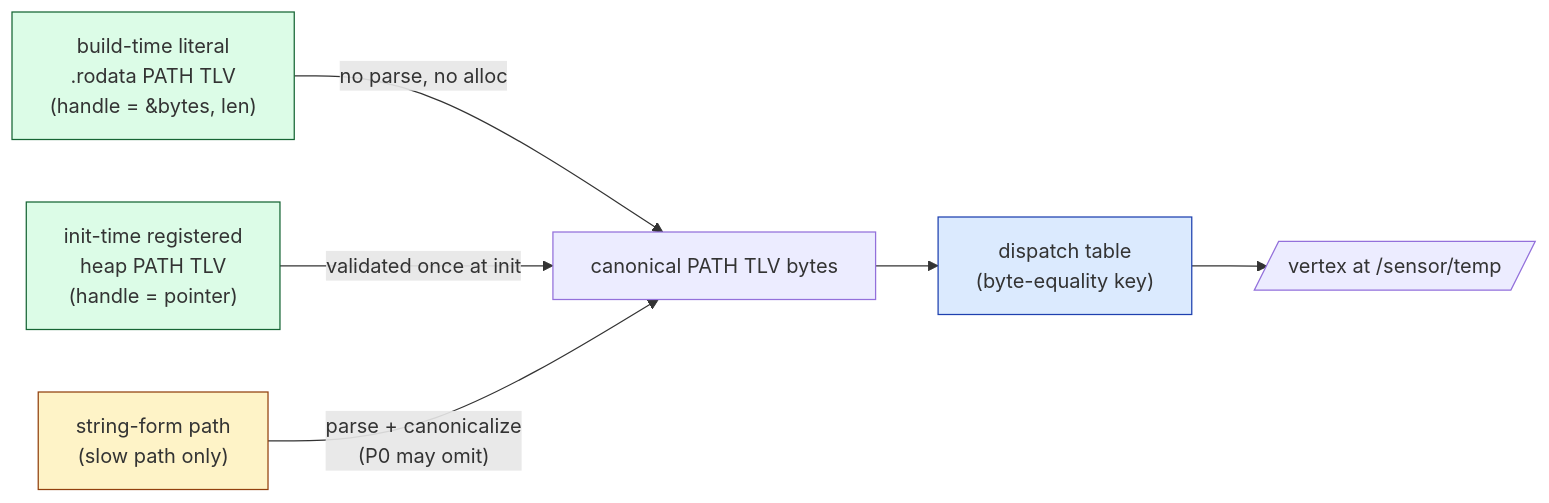
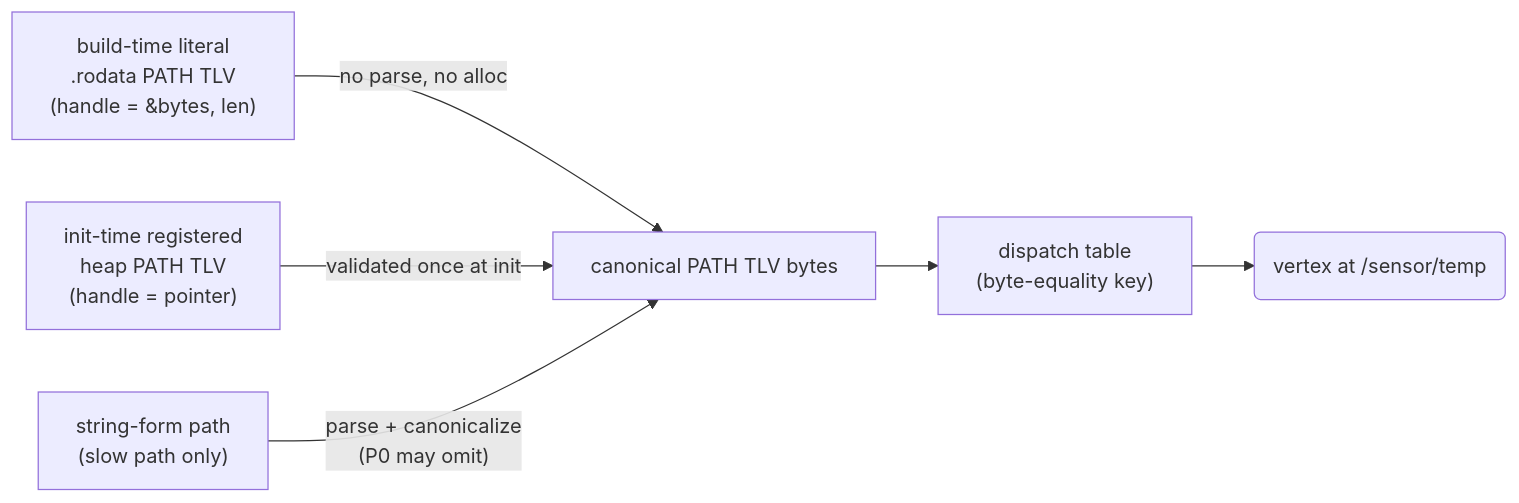
One commit to avatarsd-llc/libtracer changed the second of 3 diagrams in docs/reference/02-graph-model.md. Above: the diagram before and after it, drawn with Mermaid. The commit also changed other lines of this file and 32 other files, not shown here.

First line of the commit message:
docs: every diagram on the shared vocabulary, with alt text (#2373)

````diff
--- a/docs/reference/02-graph-model.md
+++ b/docs/reference/02-graph-model.md
@@ -248,18 +250,17 @@
 ```mermaid
 flowchart LR
+    accTitle: Three ways to the same canonical PATH bytes
+    accDescr: A build-time literal in .rodata needs no parse and no allocation. An init-time registered path is validated once at init. A string-form path is parsed and canonicalized, on the slow path only. All three yield the canonical PATH TLV bytes, which key the dispatch table by byte equality and reach the vertex at /sensor/temp.
     BL["build-time literal<br/>.rodata PATH TLV<br/>(handle = &bytes, len)"]
     IR["init-time registered<br/>heap PATH TLV<br/>(handle = pointer)"]
     SR["string-form path<br/>(slow path only)"]
     CB["canonical PATH TLV bytes"]
     DT["dispatch table<br/>(byte-equality key)"]
-    V[/"vertex at /sensor/temp"/]
+    V("vertex at /sensor/temp"):::vertex
     BL -- "no parse, no alloc" --> CB
     IR -- "validated once at init" --> CB
     SR -- "parse + canonicalize<br/>(P0 may omit)" --> CB
     CB --> DT
     DT --> V
-    style BL fill:#dcfce7,stroke:#166534
-    style IR fill:#dcfce7,stroke:#166534
-    style SR fill:#fef3c7,stroke:#92400e
-    style DT fill:#dbeafe,stroke:#1e40af
+    class CB record
 ```
````
